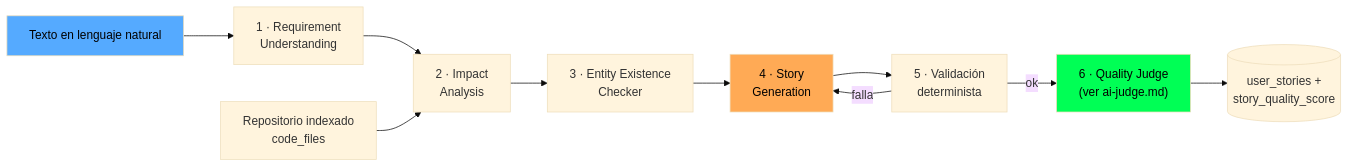
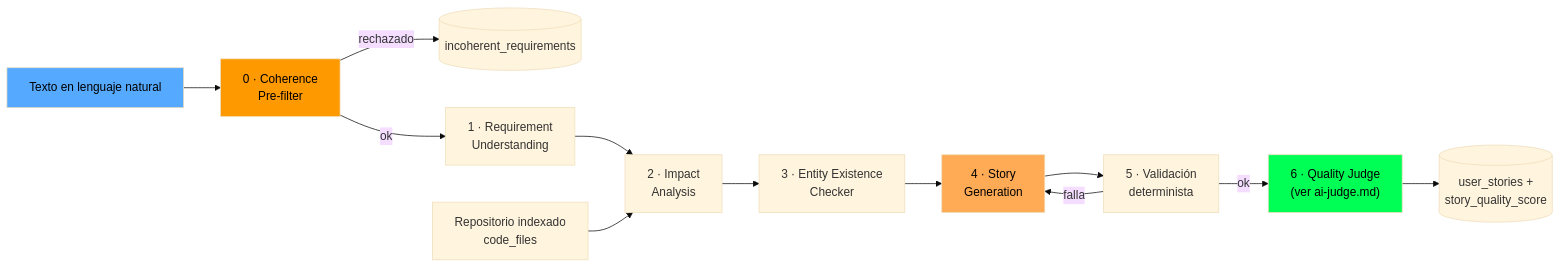
One commit to cfgomez86/bridgeai changed the first of 9 diagrams in docs/specs/ai.md. Above: the diagram before and after it, drawn with Mermaid (base theme). The commit also changed other lines of this file and 23 other files, not shown here.

````diff
--- a/docs/specs/ai.md
+++ b/docs/specs/ai.md
@@ -11,17 +11,20 @@
 ```mermaid
 flowchart LR
-    A[Texto en lenguaje natural] --> B[1 · Requirement<br/>Understanding]
+    A[Texto en lenguaje natural] --> PRE["0 · Coherence<br/>Pre-filter"]
+    PRE -- rechazado --> INC[(incoherent_requirements)]
+    PRE -- ok --> B[1 · Requirement<br/>Understanding]
     B --> C[2 · Impact<br/>Analysis]
     D[Repositorio indexado<br/>code_files] --> C
     C --> E[3 · Entity Existence<br/>Checker]
     E --> F[4 · Story<br/>Generation]
     F --> G[5 · Validación<br/>determinista]
     G -- ok --> H["6 · Quality Judge<br/>(ver ai-judge.md)"]
     G -- falla --> F
     H --> I[(user_stories +<br/>story_quality_score)]
 
     style A fill:#5af,color:#000
+    style PRE fill:#f90,color:#000
     style F fill:#fa5,color:#000
     style H fill:#0f5,color:#000
     click H "./ai-judge.md" "Documentación del Quality Judge"
 ```
````
